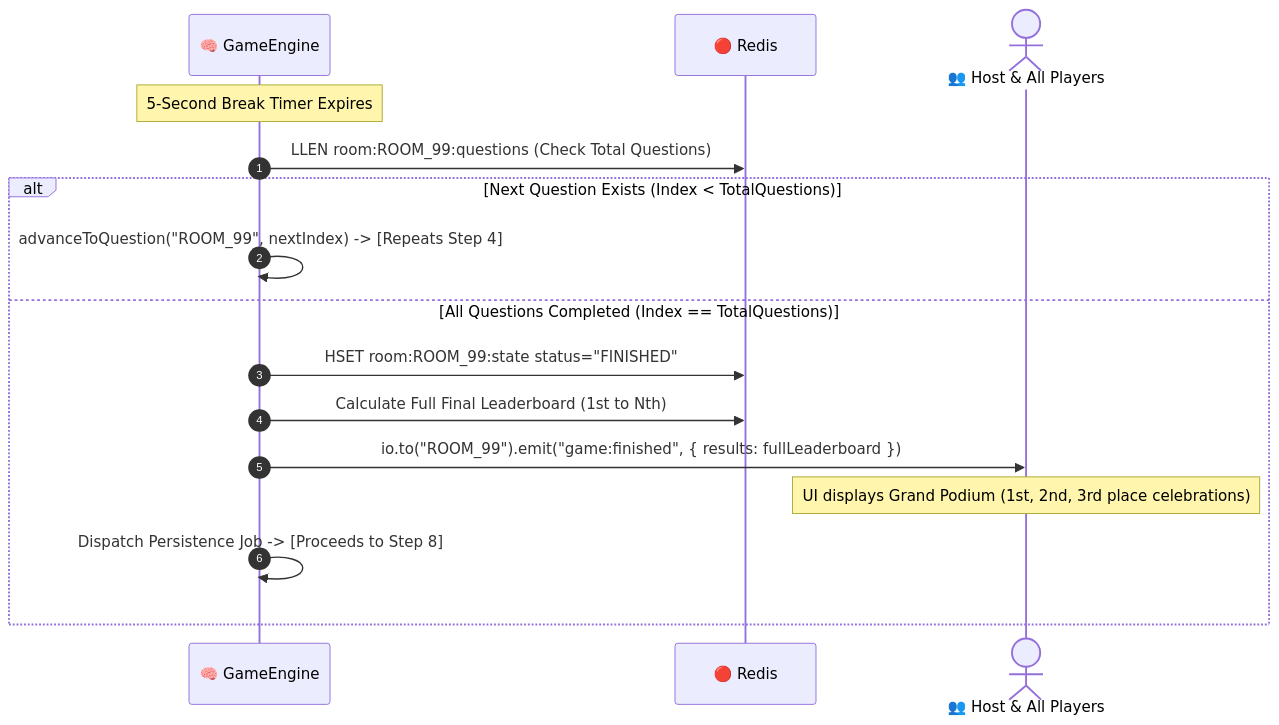
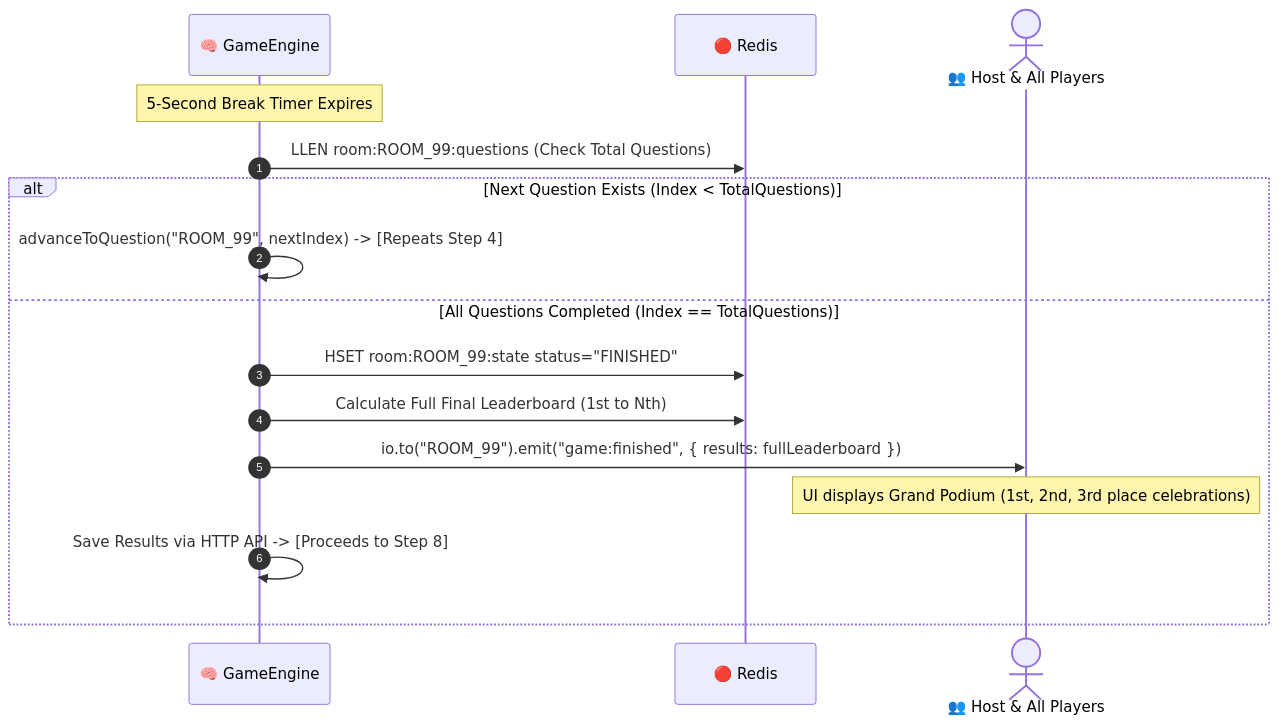
Before and after one commit to MrSanito/quizMasterTurbo: the seventh of 9 diagrams in apps/ws/singleton.md, drawn with Mermaid. The commit also changed other lines of this file and 4 other files, not shown here.

````diff
--- a/apps/ws/singleton.md
+++ b/apps/ws/singleton.md
@@ -445,19 +445,19 @@
 ```mermaid
 sequenceDiagram
     autonumber
     participant GE as 🧠 GameEngine
     participant Redis as 🔴 Redis
     actor Clients as 👥 Host & All Players
 
     Note over GE: 5-Second Break Timer Expires
     GE->>Redis: LLEN room:ROOM_99:questions (Check Total Questions)
     alt Next Question Exists (Index < TotalQuestions)
         GE->>GE: advanceToQuestion("ROOM_99", nextIndex) -> [Repeats Step 4]
     else All Questions Completed (Index == TotalQuestions)
         GE->>Redis: HSET room:ROOM_99:state status="FINISHED"
         GE->>Redis: Calculate Full Final Leaderboard (1st to Nth)
         GE->>Clients: io.to("ROOM_99").emit("game:finished", { results: fullLeaderboard })
         Note over Clients: UI displays Grand Podium (1st, 2nd, 3rd place celebrations)
-        GE->>GE: Dispatch Persistence Job -> [Proceeds to Step 8]
+        GE->>GE: Save Results via HTTP API -> [Proceeds to Step 8]
     end
 ```
````
